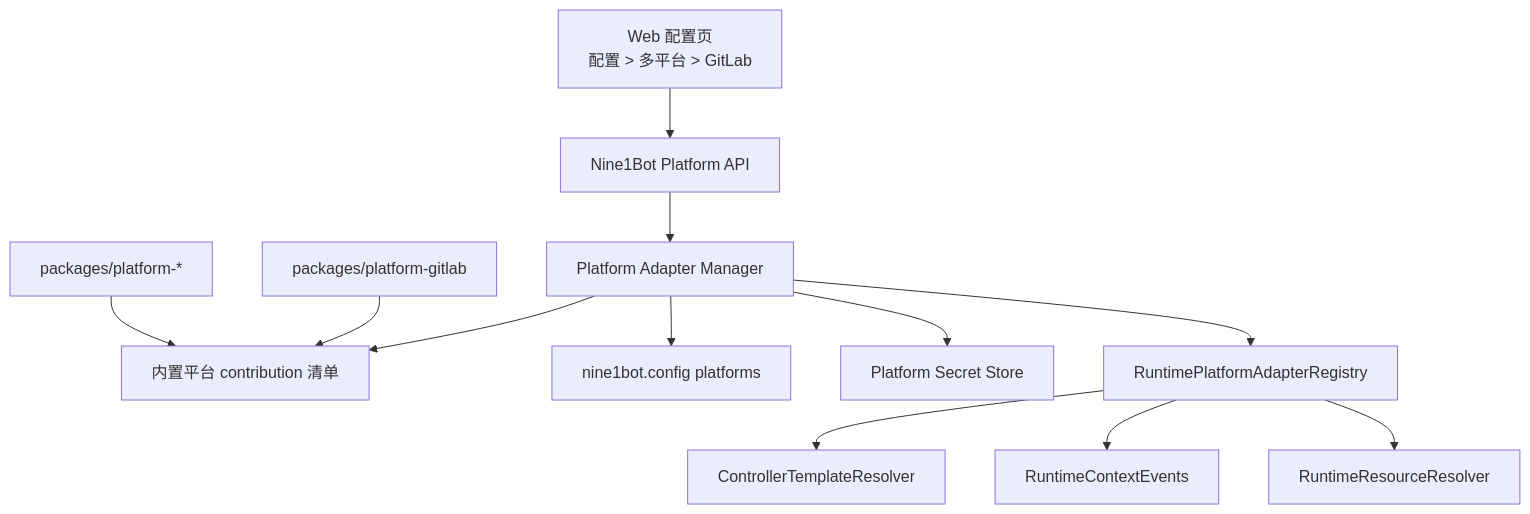
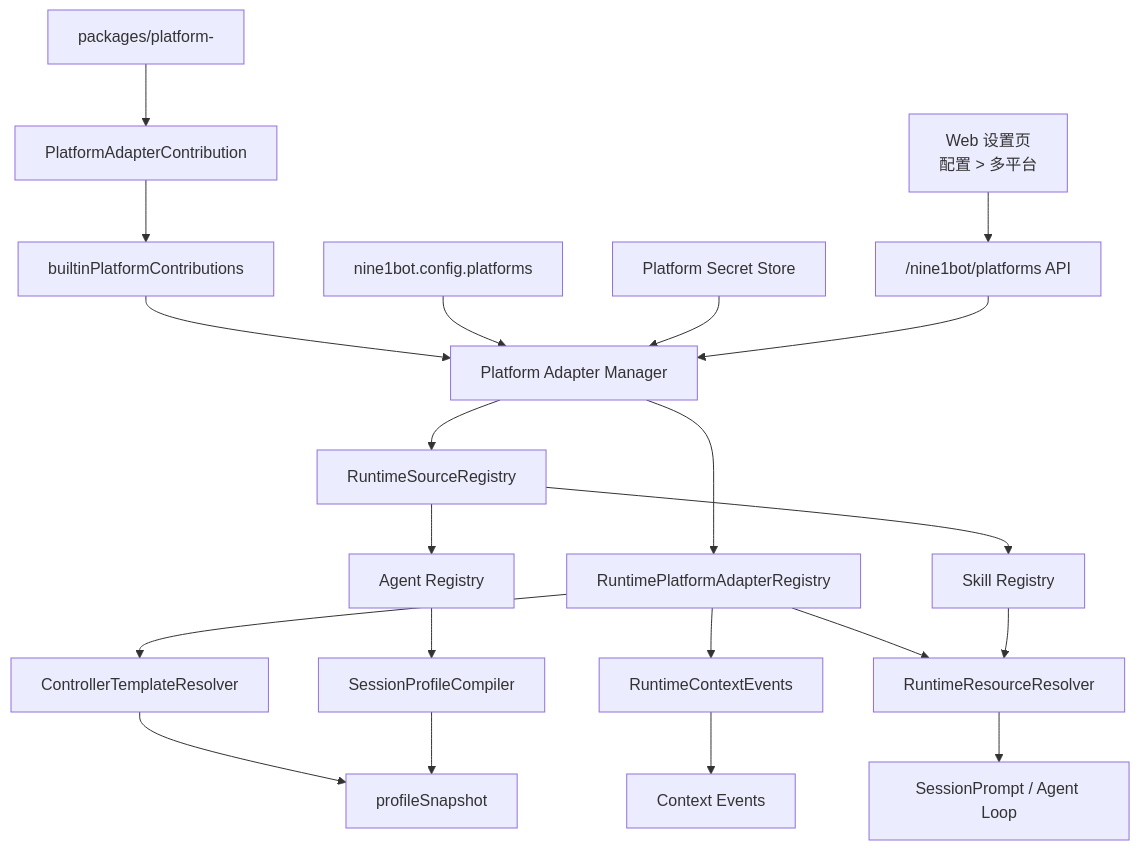
The diagram in docs/agent-runtime-developer-guide/09-platform-adapter-development-guide.md (1923213756/nine1bot), drawn with Mermaid before and after one commit. The commit also changed other lines of this file and 23 other files, not shown here.

First line of the commit message:
feat(platform): add runtime sources for platform adapters (#43)

````diff
--- a/docs/agent-runtime-developer-guide/09-platform-adapter-development-guide.md
+++ b/docs/agent-runtime-developer-guide/09-platform-adapter-development-guide.md
@@ -9,14 +19,28 @@
 ```mermaid
 flowchart TD
-  WebConfig["Web 配置页\n配置 > 多平台 > GitLab"] --> PlatformAPI["Nine1Bot Platform API"]
-  PlatformAPI --> PlatformManager["Platform Adapter Manager"]
-  PlatformManager --> Builtin["内置平台 contribution 清单"]
-  PlatformManager --> Config["nine1bot.config platforms"]
-  PlatformManager --> Secrets["Platform Secret Store"]
-  PlatformManager --> RuntimeRegistry["RuntimePlatformAdapterRegistry"]
-  RuntimeRegistry --> TemplateResolver["ControllerTemplateResolver"]
-  RuntimeRegistry --> ContextEvents["RuntimeContextEvents"]
-  RuntimeRegistry --> ResourceResolver["RuntimeResourceResolver"]
-  GitLabPkg["packages/platform-gitlab"] --> Builtin
-  OtherPkg["packages/platform-*"] --> Builtin
+  PlatformPkg["packages/platform-<id>"] --> Contribution["PlatformAdapterContribution"]
+  Contribution --> Builtin["builtinPlatformContributions"]
+  Builtin --> Manager["Platform Adapter Manager"]
+
+  Config["nine1bot.config.platforms"] --> Manager
+  Secrets["Platform Secret Store"] --> Manager
+  WebSettings["Web 设置页\n配置 > 多平台"] --> PlatformAPI["/nine1bot/platforms API"]
+  PlatformAPI --> Manager
+
+  Manager --> PlatformRegistry["RuntimePlatformAdapterRegistry"]
+  Manager --> SourceRegistry["RuntimeSourceRegistry"]
+
+  PlatformRegistry --> TemplateResolver["ControllerTemplateResolver"]
+  PlatformRegistry --> ContextEvents["RuntimeContextEvents"]
+  PlatformRegistry --> ResourceResolver["RuntimeResourceResolver"]
+
+  SourceRegistry --> AgentRegistry["Agent Registry"]
+  SourceRegistry --> SkillRegistry["Skill Registry"]
+  AgentRegistry --> ProfileCompiler["SessionProfileCompiler"]
+  SkillRegistry --> ResourceResolver
+
+  TemplateResolver --> Profile["profileSnapshot"]
+  ProfileCompiler --> Profile
+  ResourceResolver --> PromptLoop["SessionPrompt / Agent Loop"]
+  ContextEvents --> History["Context Events"]
 ```
````
